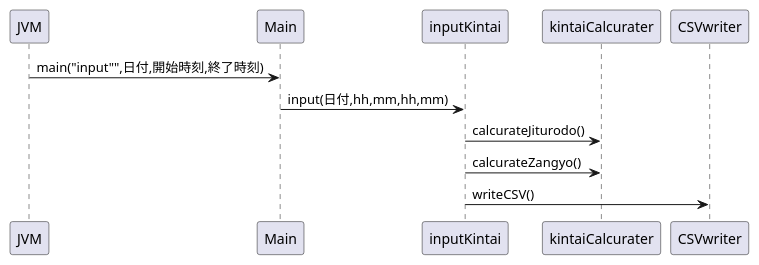
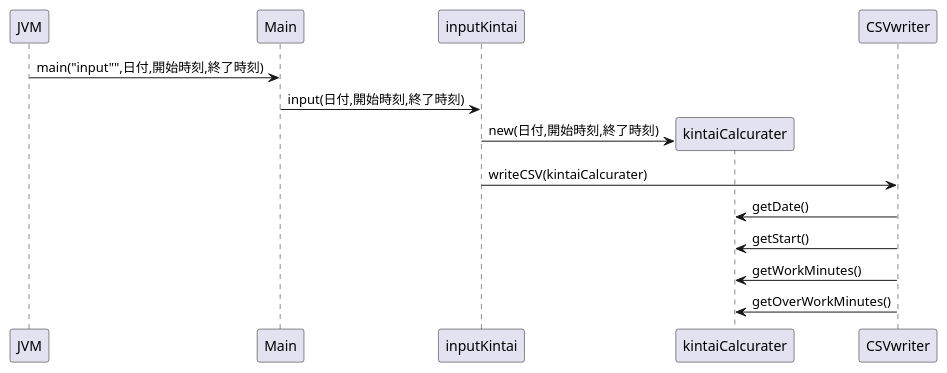
The diagram in doc/sequence-diagram-input.pu (biglobe-isp/kintai), drawn with PlantUML before and after one commit. The commit also changed 8 other files, not shown here.

```diff
--- a/doc/sequence-diagram-input.pu
+++ b/doc/sequence-diagram-input.pu
@@ -1,14 +1,19 @@
 @startuml
 JVM->Main:main("input"",日付,開始時刻,終了時刻)
 '入力チェック :UI
 '開始時刻、終了時刻の取得 :UI
-'実労働時間の計算（開始〜終了までの時間-休憩時間）:domain
+'実労働時間の計算（開始〜終了までの時間-休憩時間）:com.naosim.dddwork.domain
 '   休憩時間に労働時間が重ねっている時間帯だけが引き算される
 '残業時間の計算:domainIN
 'CSVファイルへの書き出し:infra
 
-Main->inputKintai:input(日付,hh,mm,hh,mm)
-inputKintai->kintaiCalcurater:calcurateJiturodo()
-inputKintai->kintaiCalcurater:calcurateZangyo()
-inputKintai->CSVwriter:writeCSV()
+Main->inputKintai:input(日付,開始時刻,終了時刻)
+
+create kintaiCalcurater
+inputKintai->kintaiCalcurater:new(日付,開始時刻,終了時刻)
+inputKintai->CSVwriter:writeCSV(kintaiCalcurater)
+CSVwriter->kintaiCalcurater:getDate()
+CSVwriter->kintaiCalcurater:getStart()
+CSVwriter->kintaiCalcurater:getWorkMinutes()
+CSVwriter->kintaiCalcurater:getOverWorkMinutes()
 @enduml
```
